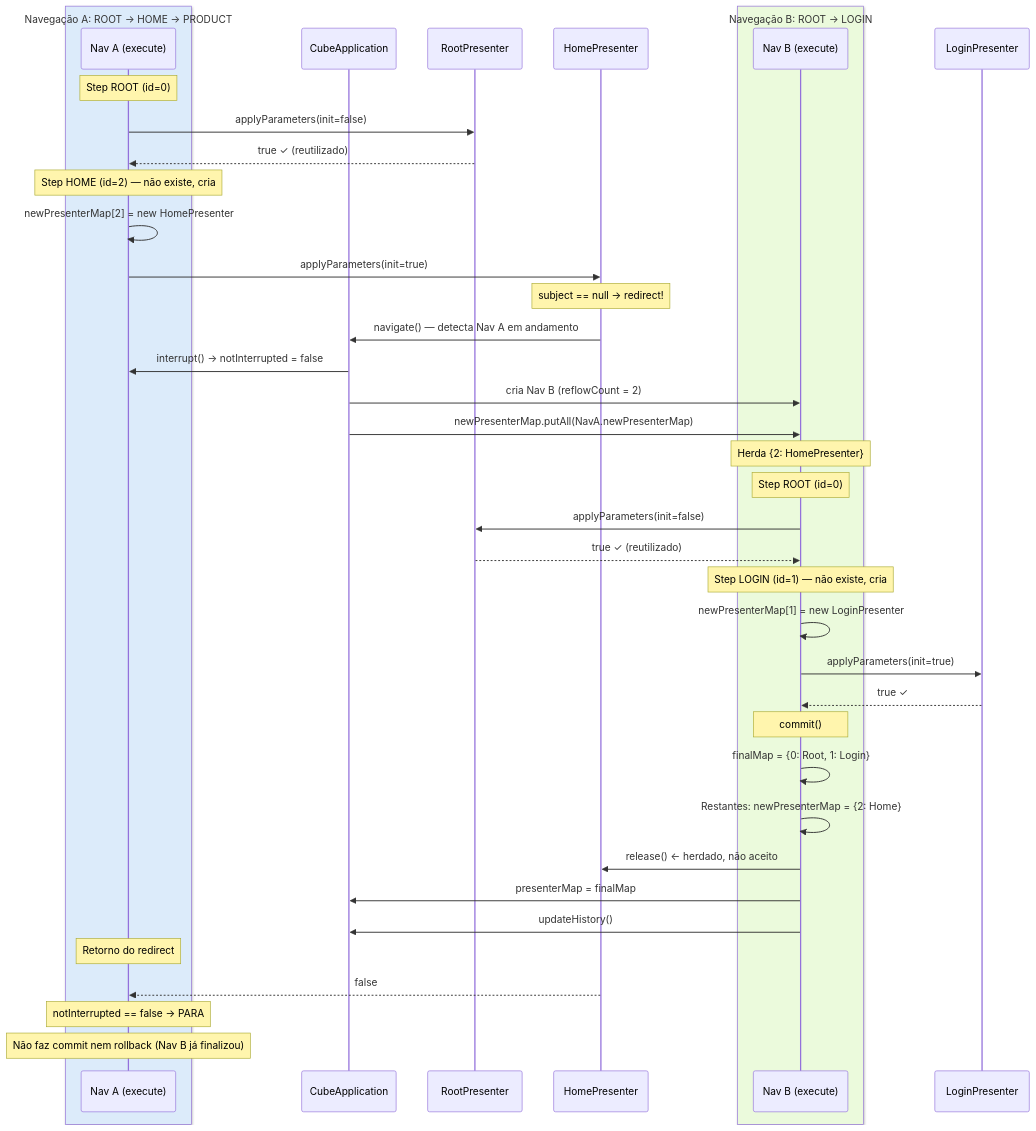
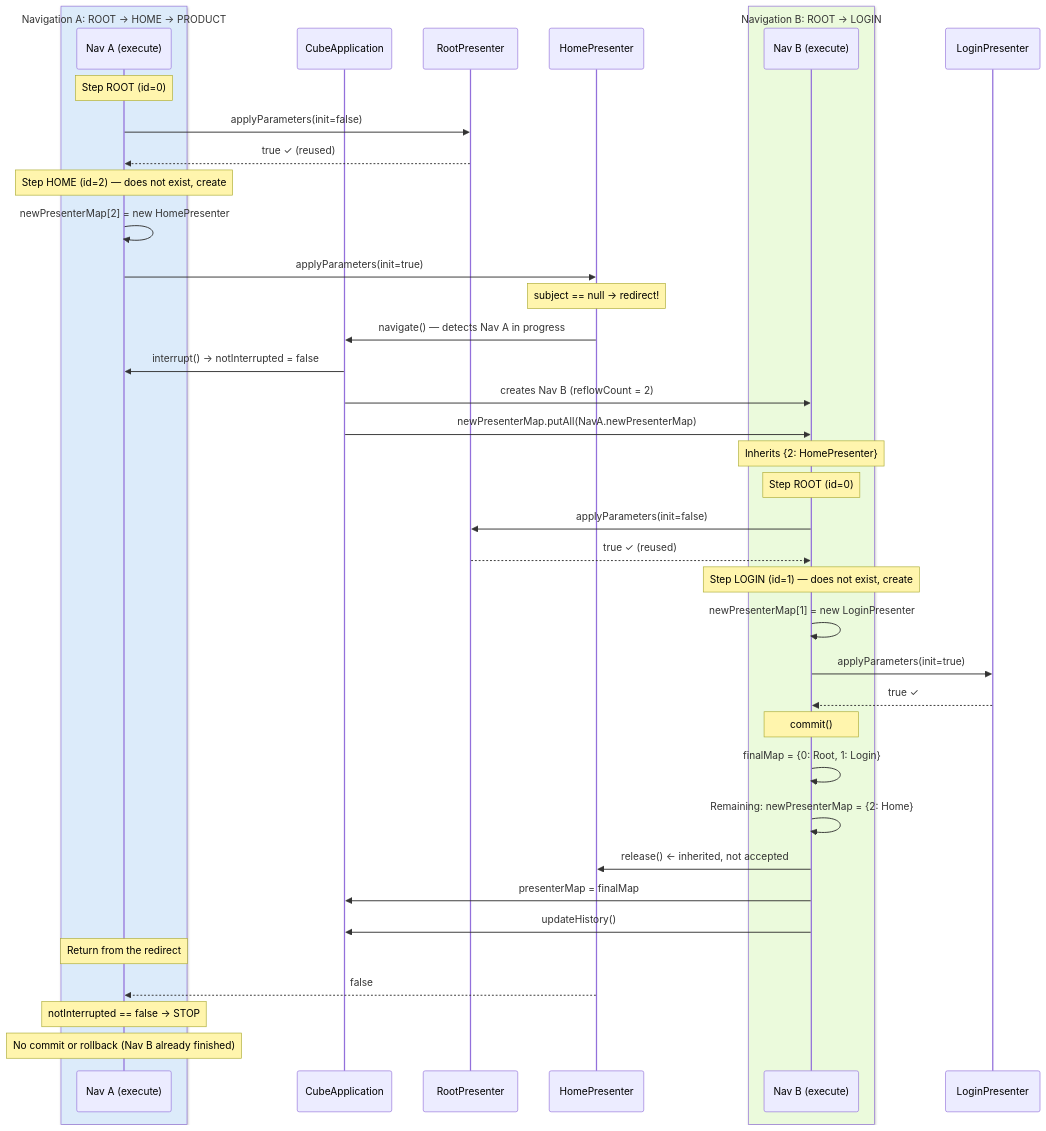
Before and after one commit to mrcdom/wdc-cube-kotlin: the fifth of 19 diagrams in docs/architecture-cube.md, drawn with Mermaid. The commit also changed other lines of this file and 10 other files, not shown here.

First line of the commit message:
docs: architecture docs and top-level READMEs in US English

````diff
--- a/docs/architecture-cube.md
+++ b/docs/architecture-cube.md
@@ -334,49 +334,49 @@
 ```mermaid
 sequenceDiagram
-    box rgb(220,235,250) Navegação A: ROOT → HOME → PRODUCT
+    box rgb(220,235,250) Navigation A: ROOT → HOME → PRODUCT
         participant NavA as Nav A (execute)
     end
     participant App as CubeApplication
     participant Root as RootPresenter
     participant Home as HomePresenter
-    box rgb(235,250,220) Navegação B: ROOT → LOGIN
+    box rgb(235,250,220) Navigation B: ROOT → LOGIN
         participant NavB as Nav B (execute)
     end
     participant Login as LoginPresenter
 
     Note over NavA: Step ROOT (id=0)
     NavA->>Root: applyParameters(init=false)
-    Root-->>NavA: true ✓ (reutilizado)
+    Root-->>NavA: true ✓ (reused)
 
-    Note over NavA: Step HOME (id=2) — não existe, cria
+    Note over NavA: Step HOME (id=2) — does not exist, create
     NavA->>NavA: newPresenterMap[2] = new HomePresenter
     NavA->>Home: applyParameters(init=true)
 
     Note over Home: subject == null → redirect!
-    Home->>App: navigate() — detecta Nav A em andamento
+    Home->>App: navigate() — detects Nav A in progress
     App->>NavA: interrupt() → notInterrupted = false
-    App->>NavB: cria Nav B (reflowCount = 2)
+    App->>NavB: creates Nav B (reflowCount = 2)
     App->>NavB: newPresenterMap.putAll(NavA.newPresenterMap)
-    Note over NavB: Herda {2: HomePresenter}
+    Note over NavB: Inherits {2: HomePresenter}
 
     Note over NavB: Step ROOT (id=0)
     NavB->>Root: applyParameters(init=false)
-    Root-->>NavB: true ✓ (reutilizado)
+    Root-->>NavB: true ✓ (reused)
 
-    Note over NavB: Step LOGIN (id=1) — não existe, cria
+    Note over NavB: Step LOGIN (id=1) — does not exist, create
     NavB->>NavB: newPresenterMap[1] = new LoginPresenter
     NavB->>Login: applyParameters(init=true)
     Login-->>NavB: true ✓
 
     Note over NavB: commit()
     NavB->>NavB: finalMap = {0: Root, 1: Login}
-    NavB->>NavB: Restantes: newPresenterMap = {2: Home}
-    NavB->>Home: release() ← herdado, não aceito
+    NavB->>NavB: Remaining: newPresenterMap = {2: Home}
+    NavB->>Home: release() ← inherited, not accepted
     NavB->>App: presenterMap = finalMap
     NavB->>App: updateHistory()
 
-    Note over NavA: Retorno do redirect
+    Note over NavA: Return from the redirect
     Home-->>NavA: false
-    Note over NavA: notInterrupted == false → PARA
-    Note over NavA: Não faz commit nem rollback (Nav B já finalizou)
+    Note over NavA: notInterrupted == false → STOP
+    Note over NavA: No commit or rollback (Nav B already finished)
 ```
````
